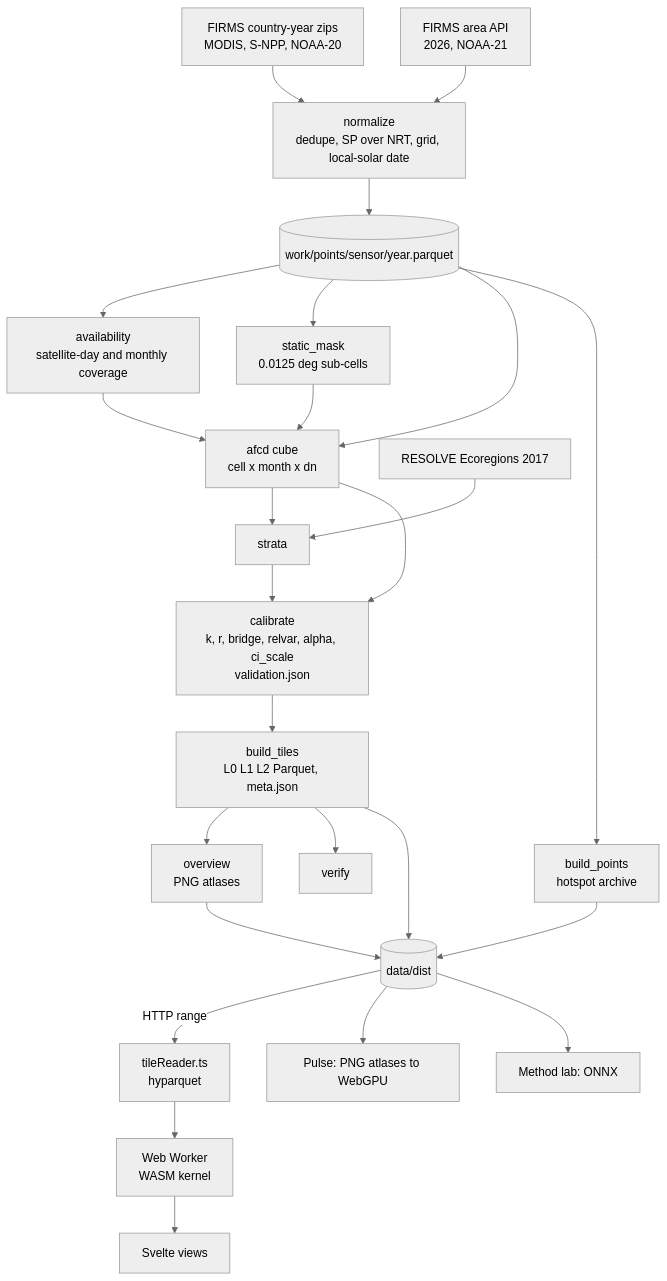
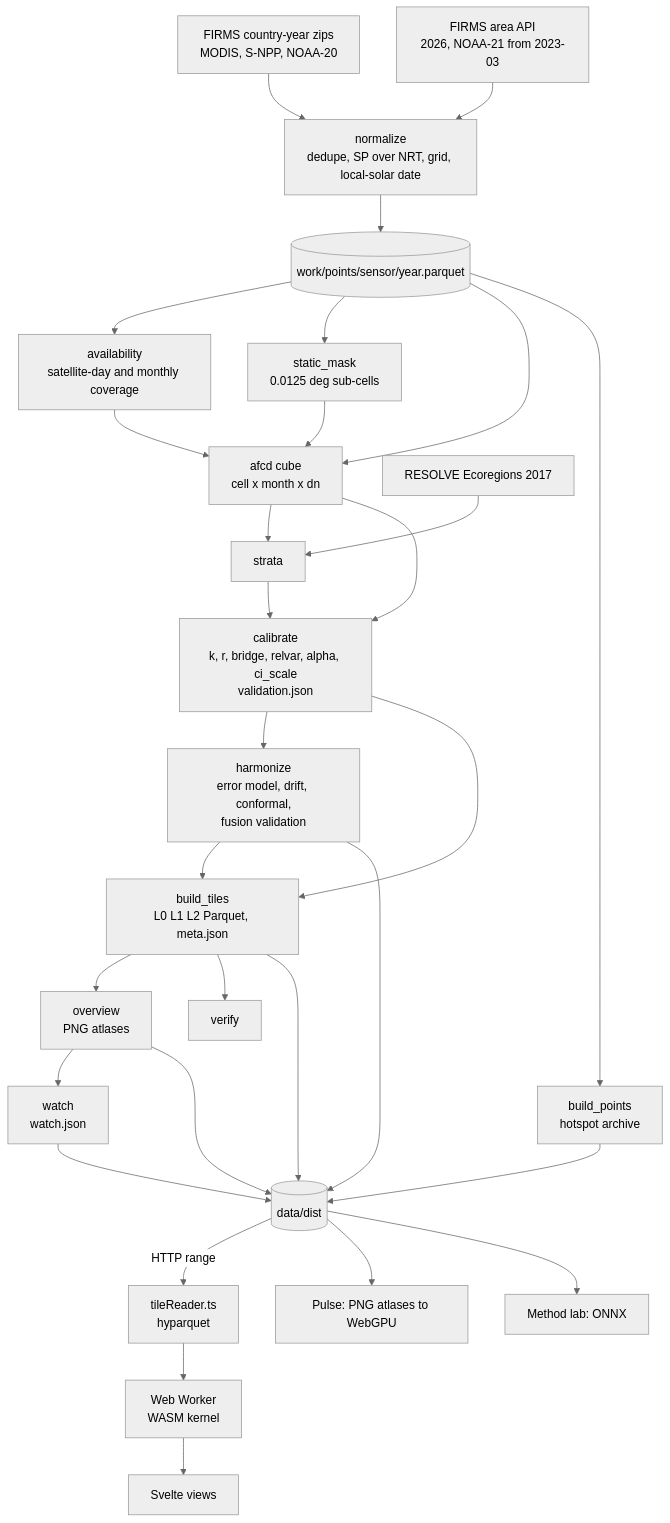
One commit to h3rnie/harmony changed the diagram in docs/ARCHITECTURE.md. Above: the diagram before and after it, drawn with Mermaid (neutral theme). The commit also changed other lines of this file and 23 other files, not shown here.

````diff
--- a/docs/ARCHITECTURE.md
+++ b/docs/ARCHITECTURE.md
@@ -35,27 +41,32 @@
 ```mermaid
 flowchart TD
   Z[FIRMS country-year zips<br/>MODIS, S-NPP, NOAA-20] --> N[normalize<br/>dedupe, SP over NRT, grid, local-solar date]
-  A[FIRMS area API<br/>2026, NOAA-21] --> N
+  A[FIRMS area API<br/>2026, NOAA-21 from 2023-03] --> N
   N --> PT[(work/points/sensor/year.parquet)]
   PT --> AV[availability<br/>satellite-day and monthly coverage]
   PT --> SM[static_mask<br/>0.0125 deg sub-cells]
   PT --> CU[afcd cube<br/>cell x month x dn]
   AV --> CU
   SM --> CU
   R[RESOLVE Ecoregions 2017] --> ST[strata]
   CU --> ST
   CU --> CA[calibrate<br/>k, r, bridge, relvar, alpha, ci_scale<br/>validation.json]
   ST --> CA
-  CA --> T[build_tiles<br/>L0 L1 L2 Parquet, meta.json]
+  CA --> HA[harmonize<br/>error model, drift, conformal,<br/>fusion validation]
+  HA --> T[build_tiles<br/>L0 L1 L2 Parquet, meta.json]
+  CA --> T
   PT --> PO[build_points<br/>hotspot archive]
   T --> OV[overview<br/>PNG atlases]
+  OV --> WA[watch<br/>watch.json]
   T --> V[verify]
   T --> D[(data/dist)]
+  HA --> D
   PO --> D
   OV --> D
+  WA --> D
   D -->|HTTP range| TR[tileReader.ts<br/>hyparquet]
   TR --> K[Web Worker<br/>WASM kernel]
   K --> UI[Svelte views]
   D --> PU[Pulse: PNG atlases to WebGPU]
   D --> ML[Method lab: ONNX]
 ```
````
